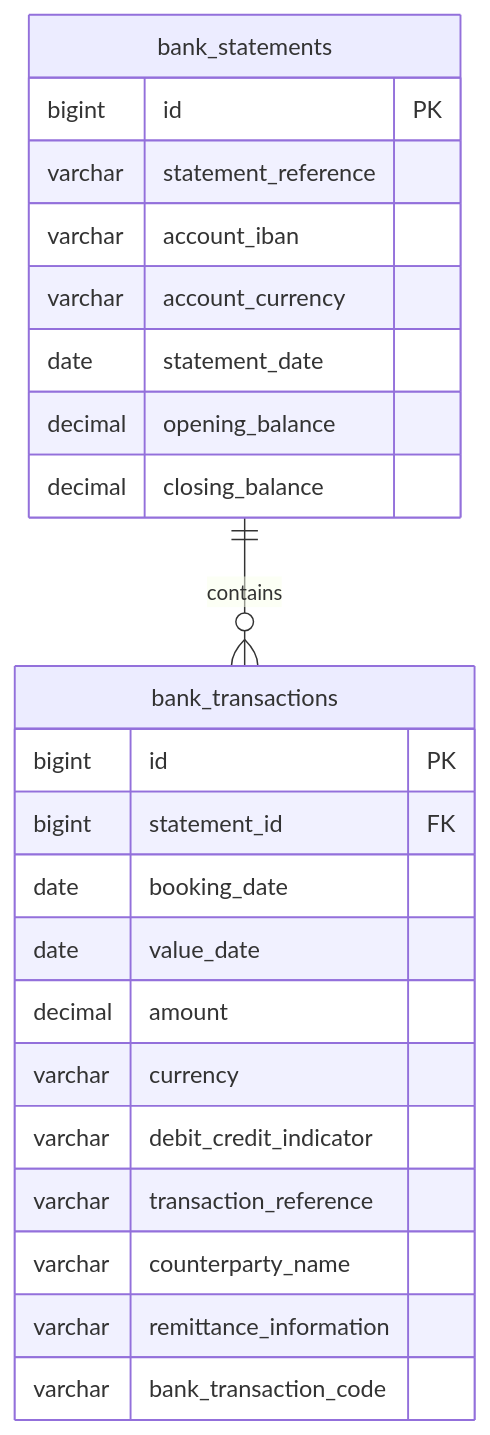
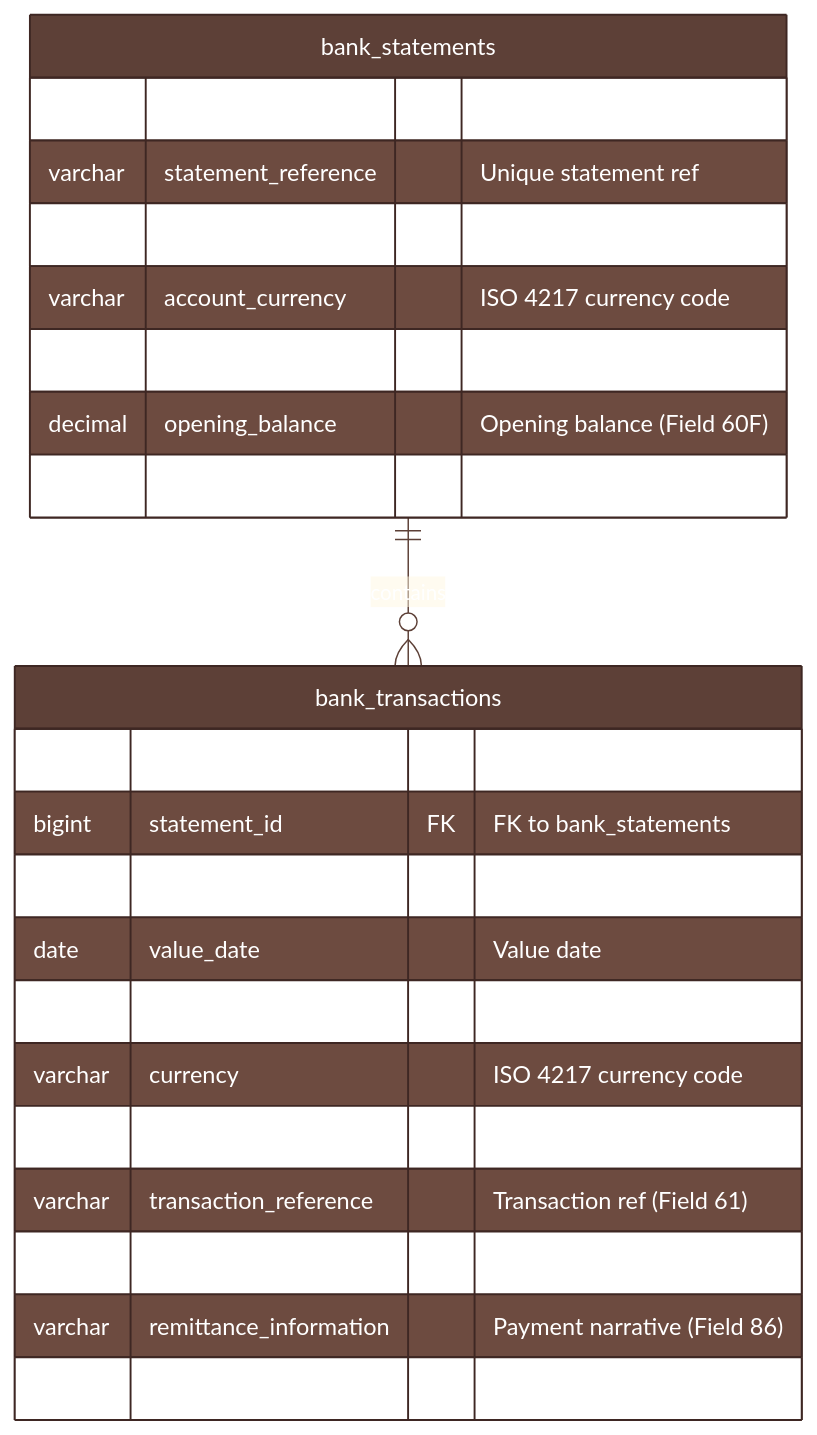
One commit to wallaceespindola/camt-mt-converters changed the diagram in docs/diagrams/database-diagram.mmd. Above: the diagram before and after it, drawn with Mermaid. The commit also changed 116 other files, not shown here.

First line of the commit message:
Add colors to all architecture diagrams; fix component-diagram parse error

```diff
--- a/docs/diagrams/database-diagram.mmd
+++ b/docs/diagrams/database-diagram.mmd
@@ -1,26 +1,27 @@
+%%{init: {'theme': 'base', 'themeVariables': {'primaryColor': '#5D4037', 'primaryTextColor': '#fff', 'primaryBorderColor': '#3E2723', 'lineColor': '#5D4037', 'secondaryColor': '#EFEBE9', 'tertiaryColor': '#FFF8E1', 'attributeBackgroundColorEven': '#FFF8E1', 'attributeBackgroundColorOdd': '#EFEBE9'}}}%%
 erDiagram
     bank_statements {
-        bigint id PK
-        varchar statement_reference
-        varchar account_iban
-        varchar account_currency
-        date statement_date
-        decimal opening_balance
-        decimal closing_balance
+        bigint id PK "Primary Key"
+        varchar statement_reference "Unique statement ref"
+        varchar account_iban "IBAN — ISO 13616"
+        varchar account_currency "ISO 4217 currency code"
+        date statement_date "Statement period date"
+        decimal opening_balance "Opening balance (Field 60F)"
+        decimal closing_balance "Closing balance (Field 62F)"
     }
 
     bank_transactions {
-        bigint id PK
-        bigint statement_id FK
-        date booking_date
-        date value_date
-        decimal amount
-        varchar currency
-        varchar debit_credit_indicator
-        varchar transaction_reference
-        varchar counterparty_name
-        varchar remittance_information
-        varchar bank_transaction_code
+        bigint id PK "Primary Key"
+        bigint statement_id FK "FK to bank_statements"
+        date booking_date "Booking date"
+        date value_date "Value date"
+        decimal amount "Transaction amount"
+        varchar currency "ISO 4217 currency code"
+        varchar debit_credit_indicator "DEBIT or CREDIT"
+        varchar transaction_reference "Transaction ref (Field 61)"
+        varchar counterparty_name "Counterparty name"
+        varchar remittance_information "Payment narrative (Field 86)"
+        varchar bank_transaction_code "BTC domain code"
     }
 
     bank_statements ||--o{ bank_transactions : "contains"
```
